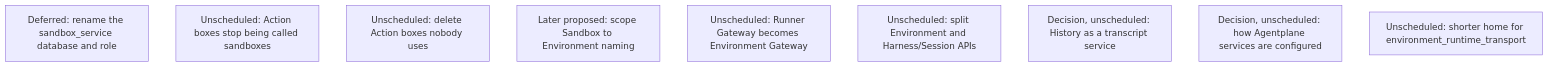
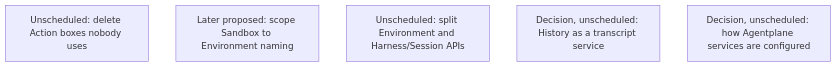
Before and after one commit to agentydragon/ducktape: the tenth of 18 diagrams in agentplane/plans/task_dag.md, drawn with Mermaid. The commit also changed other lines of this file, not shown here.

First line of the commit message:
agentplane: section 15 becomes the cleanup census, grouped by gate

````diff
--- a/agentplane/plans/task_dag.md
+++ b/agentplane/plans/task_dag.md
@@ -1985,12 +1986,8 @@
 ```mermaid
 flowchart TD
-    HISTORY_DATABASE_RENAME[Deferred: rename the sandbox_service database and role]
-    ACTION_BOX_RENAME[Unscheduled: Action boxes stop being called sandboxes]
     ACTION_BOX_IDLE_REAPER[Unscheduled: delete Action boxes nobody uses]
     SANDBOX_ENVIRONMENT_RENAME_DESIGN[Later proposed: scope Sandbox to Environment naming]
-    RUNNER_GATEWAY_RENAME[Unscheduled: Runner Gateway becomes Environment Gateway]
     ENVIRONMENT_RUNTIME_SERVICE_SPLIT[Unscheduled: split Environment and Harness/Session APIs]
     HISTORY_SERVICE_RENAME[Decision, unscheduled: History as a transcript service]
     SERVICE_SETTINGS_RETHINK[Decision, unscheduled: how Agentplane services are configured]
-    TRANSPORT_PACKAGE_RENAME[Unscheduled: shorter home for environment_runtime_transport]
 ```
````
